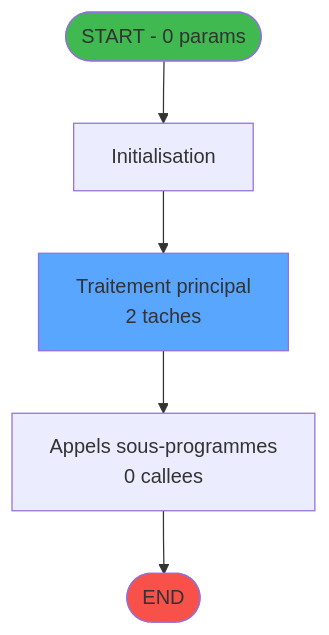
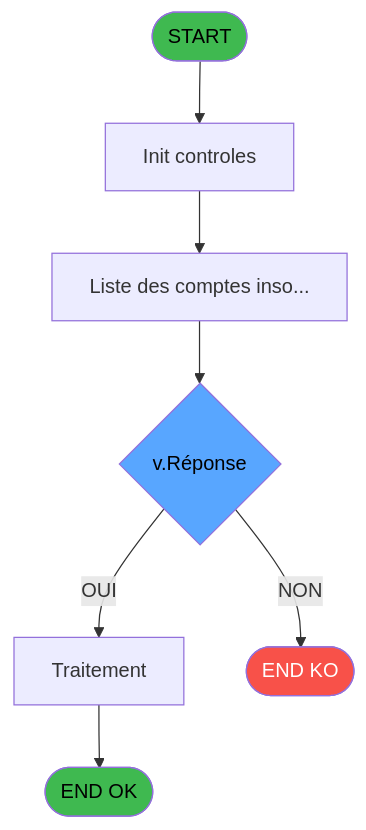
Before and after one commit to thonyAGP/magic-migration: the first of 3 diagrams in .openspec/specs/ADH-IDE-63.md, drawn with Mermaid. The commit also changed other lines of this file and 493 other files, not shown here.

````diff
--- a/.openspec/specs/ADH-IDE-63.md
+++ b/.openspec/specs/ADH-IDE-63.md
@@ -93,14 +70,20 @@
 ```mermaid
 flowchart TD
-    START([START - 0 params])
-    INIT["Initialisation"]
-    PROCESS["Traitement principal<br/>2 taches"]
-    CALLS["Appels sous-programmes<br/>0 callees"]
-    ENDOK([END])
+    START([START])
+    INIT[Init controles]
+    SAISIE[Liste des comptes inso...]
+    DECISION{v.Réponse}
+    PROCESS[Traitement]
+    ENDOK([END OK])
+    ENDKO([END KO])
 
-    START --> INIT --> PROCESS --> CALLS --> ENDOK
+    START --> INIT --> SAISIE --> DECISION
+    DECISION -->|OUI| PROCESS
+    DECISION -->|NON| ENDKO
+    PROCESS --> ENDOK
 
-    style START fill:#3fb950
-    style ENDOK fill:#f85149
-    style PROCESS fill:#58a6ff
+    style START fill:#3fb950,color:#000
+    style ENDOK fill:#3fb950,color:#000
+    style ENDKO fill:#f85149,color:#fff
+    style DECISION fill:#58a6ff,color:#000
 ```
````
